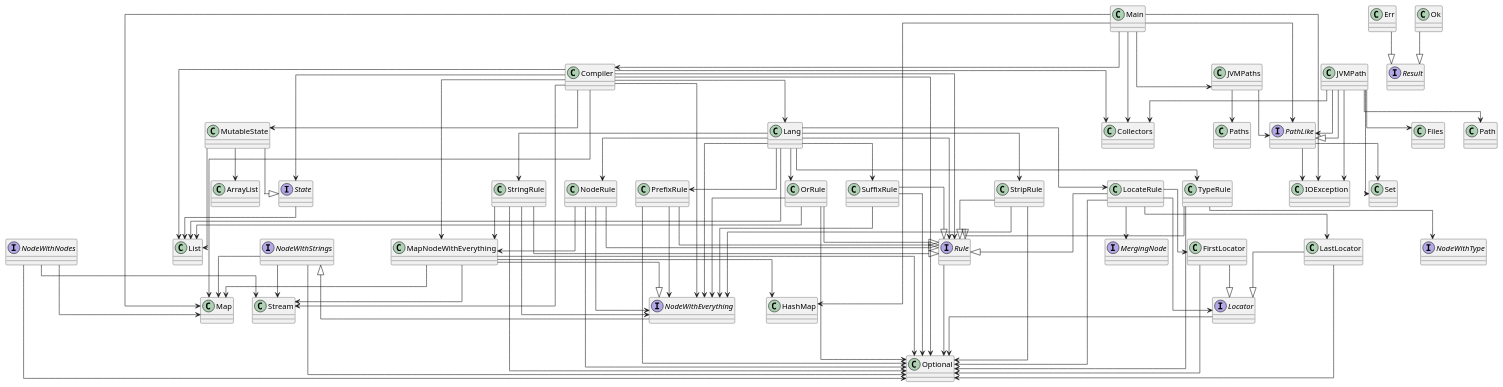
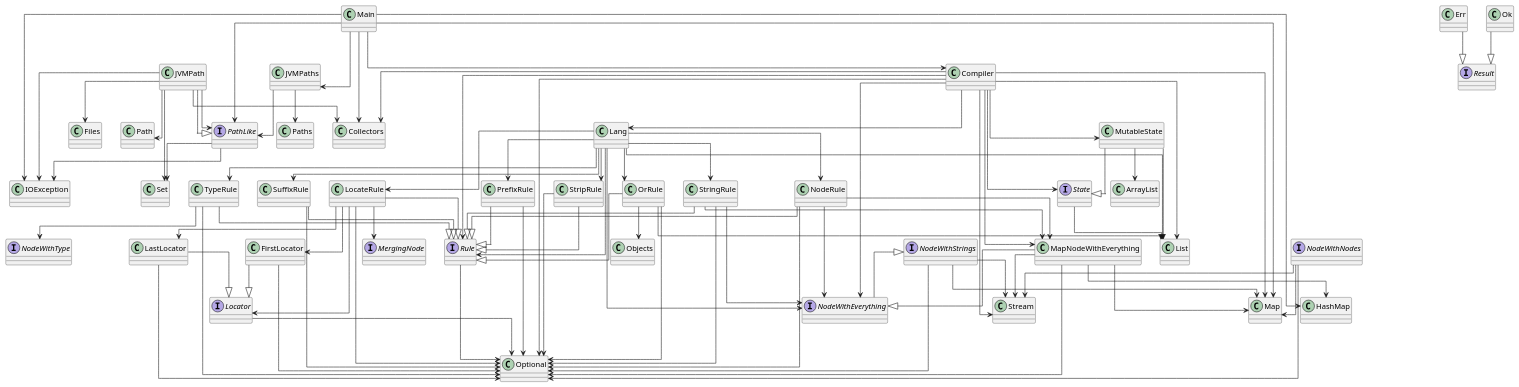
One commit to SirMathhman/Magma changed the diagram in diagram.puml. Above: the diagram before and after it, drawn with PlantUML. The commit also changed 5 other files, not shown here.

Commit message:
Disconnect NodeWithEverything usages

```diff
--- a/diagram.puml
+++ b/diagram.puml
@@ -1,125 +1,122 @@
 @startuml
 skinparam linetype ortho
 StringRule --> MapNodeWithEverything
 StringRule --> NodeWithEverything
 StringRule --> Optional
 class StringRule
 StringRule --|> Rule
 JVMPaths --> PathLike
 JVMPaths --> Paths
 class JVMPaths
 class Err
 Err --|> Result
 interface Result
 Locator --> Optional
 interface Locator
 PathLike --> IOException
 PathLike --> Set
 interface PathLike
 FirstLocator --> Optional
 class FirstLocator
 FirstLocator --|> Locator
 MapNodeWithEverything --> HashMap
 MapNodeWithEverything --> Map
 MapNodeWithEverything --> Optional
 MapNodeWithEverything --> Stream
 class MapNodeWithEverything
 MapNodeWithEverything --|> NodeWithEverything
-PrefixRule --> NodeWithEverything
 PrefixRule --> Optional
 class PrefixRule
 PrefixRule --|> Rule
 NodeWithNodes --> Map
 NodeWithNodes --> Optional
 NodeWithNodes --> Stream
 interface NodeWithNodes
 interface NodeWithType
 Compiler --> Lang
 Compiler --> MutableState
 Compiler --> State
 Compiler --> MapNodeWithEverything
 Compiler --> NodeWithEverything
 Compiler --> Rule
 Compiler --> List
 Compiler --> Map
 Compiler --> Optional
 Compiler --> Collectors
 Compiler --> Stream
 class Compiler
-OrRule --> NodeWithEverything
 OrRule --> List
+OrRule --> Objects
 OrRule --> Optional
 class OrRule
 OrRule --|> Rule
 LastLocator --> Optional
 class LastLocator
 LastLocator --|> Locator
-StripRule --> NodeWithEverything
 StripRule --> Optional
 class StripRule
 StripRule --|> Rule
 Lang --> NodeWithEverything
 Lang --> LocateRule
 Lang --> NodeRule
 Lang --> OrRule
 Lang --> PrefixRule
 Lang --> Rule
 Lang --> StringRule
 Lang --> StripRule
 Lang --> SuffixRule
 Lang --> TypeRule
 Lang --> List
 class Lang
 NodeRule --> MapNodeWithEverything
 NodeRule --> NodeWithEverything
 NodeRule --> Optional
 class NodeRule
 NodeRule --|> Rule
 MutableState --> ArrayList
 MutableState --> List
 class MutableState
 MutableState --|> State
-SuffixRule --> NodeWithEverything
 SuffixRule --> Optional
 class SuffixRule
 SuffixRule --|> Rule
 JVMPath --> PathLike
 JVMPath --> IOException
 JVMPath --> Files
 JVMPath --> Path
 JVMPath --> Set
 JVMPath --> Collectors
 class JVMPath
 JVMPath --|> PathLike
 State --> List
 interface State
 interface NodeWithEverything extends NodeWithStrings
 NodeWithStrings --> Map
 NodeWithStrings --> Optional
 NodeWithStrings --> Stream
 interface NodeWithStrings
 Rule --> Optional
 interface Rule
 class Ok
 Ok --|> Result
 LocateRule --> FirstLocator
 LocateRule --> LastLocator
 LocateRule --> Locator
 LocateRule --> MergingNode
 LocateRule --> Optional
 class LocateRule
 LocateRule --|> Rule
 Main --> Compiler
 Main --> PathLike
 Main --> JVMPaths
 Main --> IOException
 Main --> HashMap
 Main --> Map
 Main --> Collectors
 class Main
 interface MergingNode
 TypeRule --> NodeWithType
 TypeRule --> Optional
 class TypeRule
 TypeRule --|> Rule
 @enduml
```
